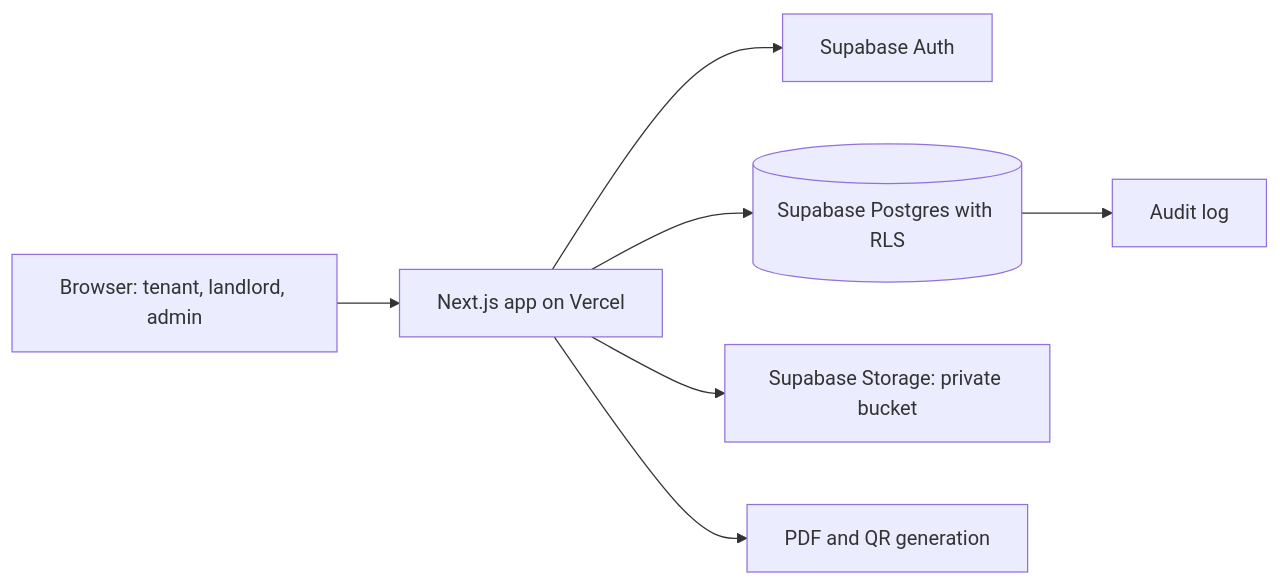
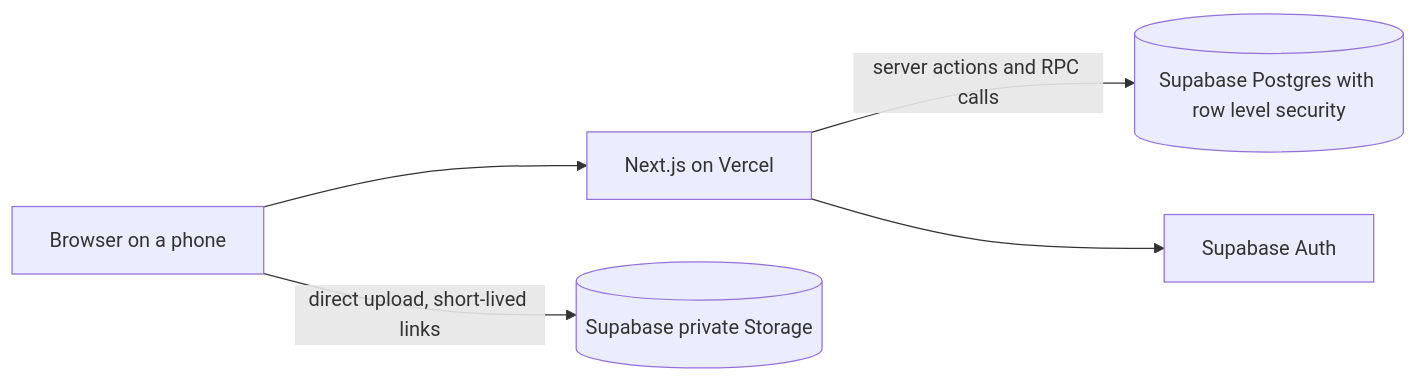
One commit to galaletsangmodise/Rooms-Rights changed the diagram in README.md. Above: the diagram before and after it, drawn with Mermaid. The commit also changed other lines of this file and 5 other files, not shown here.

````diff
--- a/README.md
+++ b/README.md
@@ -87,9 +57,7 @@
 ```mermaid
 flowchart LR
-  A[Browser: tenant, landlord, admin] --> B[Next.js app on Vercel]
-  B --> C[Supabase Auth]
-  B --> D[(Supabase Postgres with RLS)]
-  B --> E[Supabase Storage: private bucket]
-  B --> F[PDF and QR generation]
-  D --> G[Audit log]
+  U[Browser on a phone] --> N[Next.js on Vercel]
+  N -->|server actions and RPC calls| DB[(Supabase Postgres with row level security)]
+  N --> A[Supabase Auth]
+  U -->|direct upload, short-lived links| S[(Supabase private Storage)]
 ```
````
